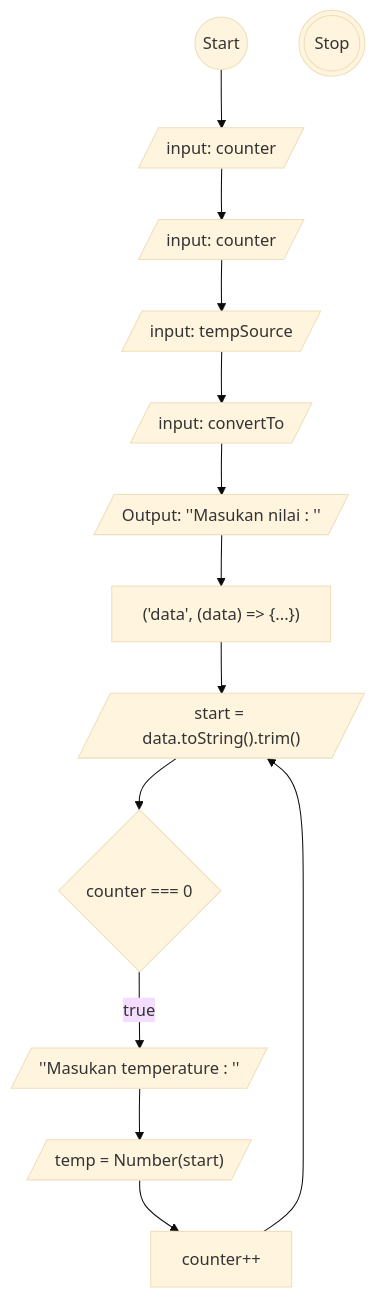
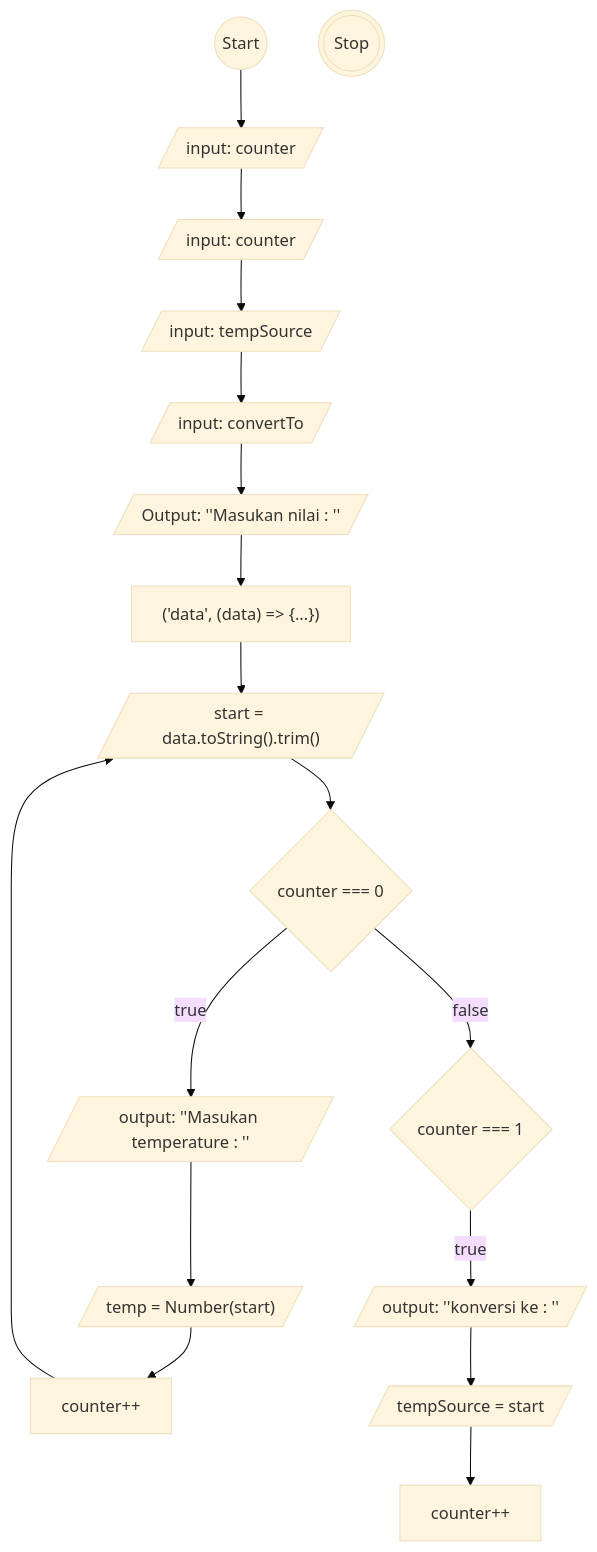
The diagram in konversi-suhu/task.md (AbiPasundan/koda-b6-homework2), drawn with Mermaid (base theme) before and after one commit.

````diff
--- a/konversi-suhu/task.md
+++ b/konversi-suhu/task.md
@@ -5,28 +5,37 @@
 ```mermaid
     flowchart TB
         Start@{ shape: circ, label: "Start"}
 
         counter@{ shape: lean-r, label: "input: counter"}
         temperature@{ shape: lean-r, label: "input: counter"}
         tempSource@{ shape: lean-r, label: "input: tempSource"}
         convertTo@{ shape: lean-r, label: "input: convertTo"}
         firstPrint@{ shape: lean-r, label: "Output: ''Masukan nilai : ''"}
 
         %% PROSES BAKALAN PENTING !!!
         proccess@{ shape: rect, label: "('data', (data) => {...})"}
 
         starting@{ shape: lean-r, label: "start = data.toString().trim()"}
 
         %% CONDITION
+        %% Counter 0
         counter0@{ shape: diamond, label: "counter === 0"}
-        counter0True@{ shape: lean-r, label: "''Masukan temperature : ''"}
+        counter0True@{ shape: lean-r, label: "output: ''Masukan temperature : ''"}
         temp0@{ shape: lean-r, label: "temp = Number(start)"}
         counterInc0@{ shape: rect, label: "counter++"}
 
+        %% COUNTER 1
+        counter1@{ shape: diamond, label: "counter === 1"}
+        counter1True@{ shape: lean-r, label: "output: ''konversi ke : ''"}
+        temp1@{ shape: lean-r, label: "tempSource = start"}
+        counterInc1@{ shape: rect, label: "counter++"}
         %% temp = Number(start)
 
+        %% sambungna Start dan counter 0
         Start-->counter-->temperature-->tempSource-->convertTo-->firstPrint-->proccess-->starting-->counter0-->|true|counter0True-->temp0-->counterInc0-->starting
+        %% sambungna Start dan counter 1
+        counter0-->|false|counter1-->|true|counter1True-->temp1-->counterInc1
 
         Stop@{ shape: dbl-circ, label: "Stop"}
 
 ```
````
